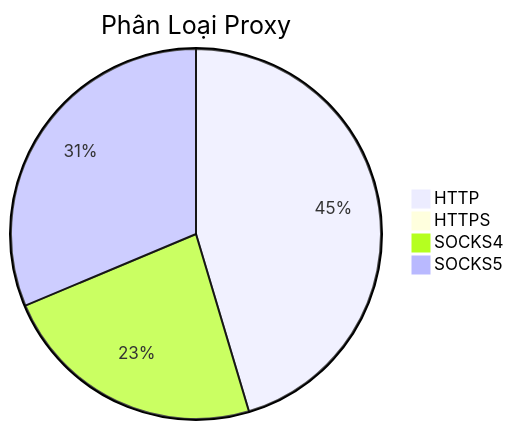
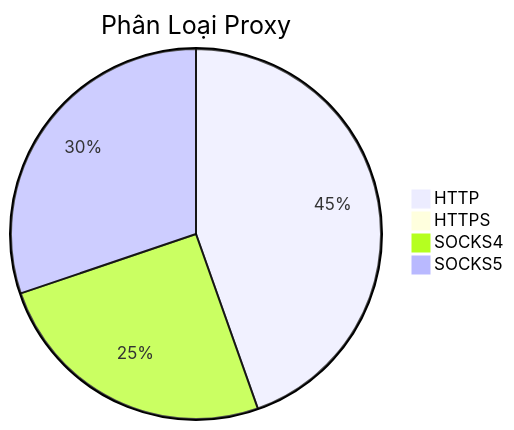
The diagram in README.md (Ciara-12/PROXY-free), drawn with Mermaid before and after one commit. The commit also changed other lines of this file and 3 other files, not shown here.

````diff
--- a/README.md
+++ b/README.md
@@ -26,7 +26,7 @@
 ```mermaid
 pie title Phân Loại Proxy
-    "HTTP" : 526
+    "HTTP" : 502
     "HTTPS" : 1
-    "SOCKS4" : 270
-    "SOCKS5" : 363
+    "SOCKS4" : 284
+    "SOCKS5" : 340
 ```
````
